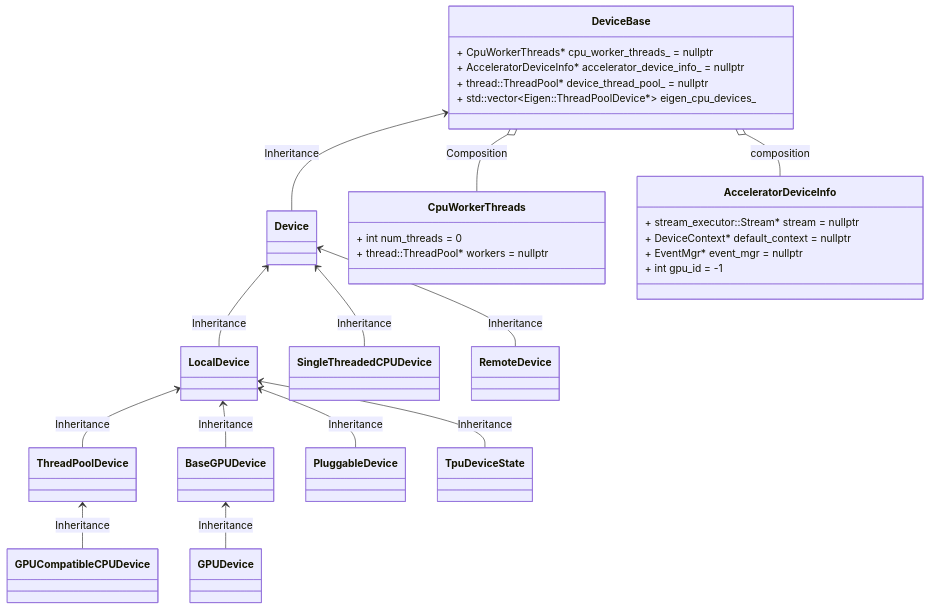
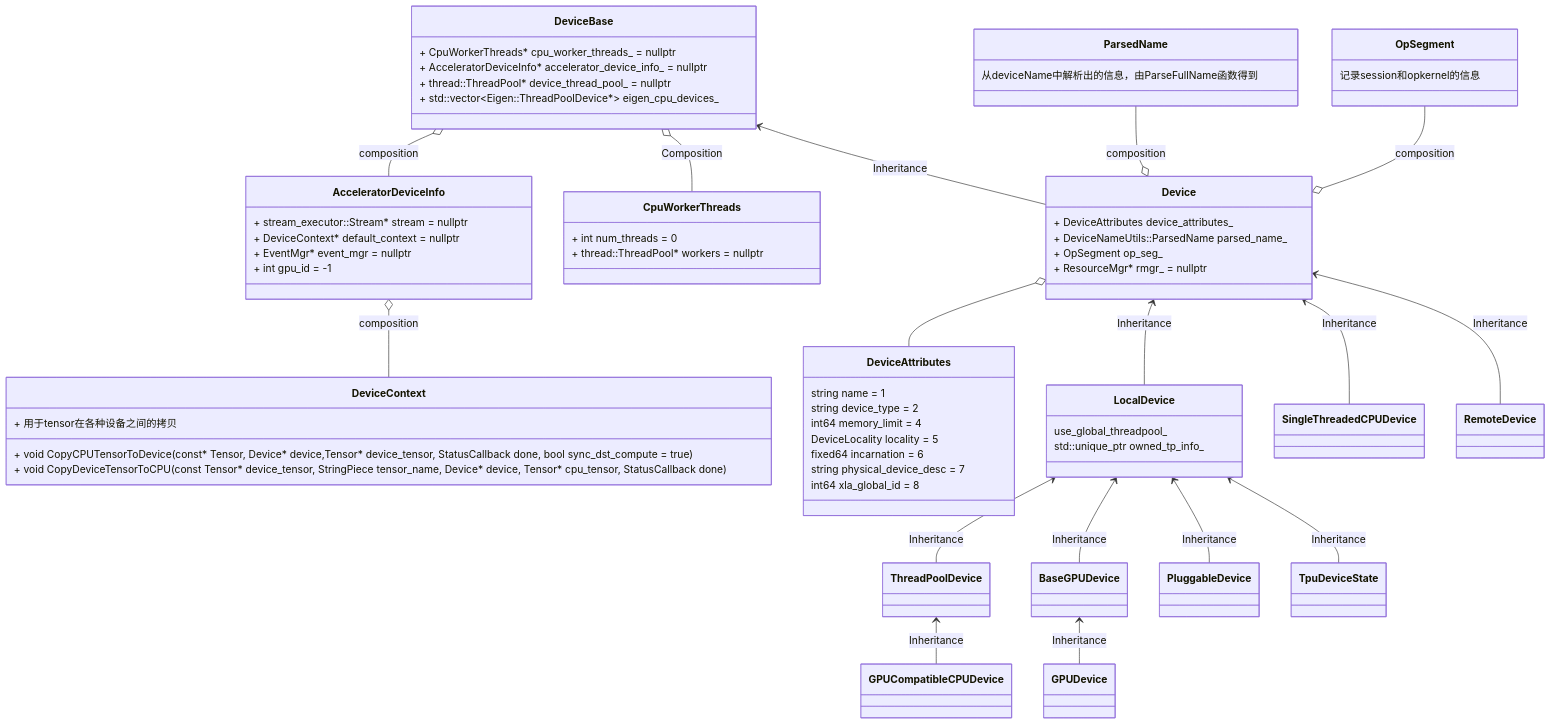
Before and after one commit to szkang1990/blog: the second of 2 diagrams in tensorflow源码精读/tensorflow源码精读之Device.md, drawn with Mermaid. The commit also changed other lines of this file, not shown here.

Commit message:
add logs

````diff
--- a/tensorflow源码精读/tensorflow源码精读之Device.md
+++ b/tensorflow源码精读/tensorflow源码精读之Device.md
@@ -365,27 +365,55 @@
 ```mermaid
 classDiagram
   DeviceBase <--Device: Inheritance
   DeviceBase : + CpuWorkerThreads* cpu_worker_threads_ = nullptr
   DeviceBase : + AcceleratorDeviceInfo* accelerator_device_info_ = nullptr
   DeviceBase : + thread&#58&#58ThreadPool* device_thread_pool_ = nullptr
   DeviceBase : + std&#58&#58vector&#60Eigen&#58&#58ThreadPoolDevice*> eigen_cpu_devices_
   DeviceBase  o-- CpuWorkerThreads: Composition
   CpuWorkerThreads : + int num_threads = 0
   CpuWorkerThreads : + thread&#58&#58ThreadPool* workers = nullptr
   DeviceBase o-- AcceleratorDeviceInfo: composition
   AcceleratorDeviceInfo:+  stream_executor&#58&#58Stream* stream = nullptr
   AcceleratorDeviceInfo:+  DeviceContext* default_context = nullptr
   AcceleratorDeviceInfo:+  EventMgr* event_mgr = nullptr
   AcceleratorDeviceInfo:+  int gpu_id = -1
+  AcceleratorDeviceInfo o-- DeviceContext: composition
+  DeviceContext:+ void CopyCPUTensorToDevice(const* Tensor, Device* device,Tensor* device_tensor, StatusCallback done, bool sync_dst_compute = true)
+  DeviceContext:+ void CopyDeviceTensorToCPU(const Tensor* device_tensor, StringPiece tensor_name, Device* device, Tensor* cpu_tensor, StatusCallback done)
+  DeviceContext:+ 用于tensor在各种设备之间的拷贝
+  Device : + DeviceAttributes device_attributes_
+  Device : + DeviceNameUtils&#58&#58ParsedName parsed_name_
+  Device : + OpSegment op_seg_
+  Device : + ResourceMgr* rmgr_ = nullptr
+
+  Device o-- DeviceAttributes
+  DeviceAttributes : string name = 1
+  DeviceAttributes : string device_type = 2
+  DeviceAttributes : int64 memory_limit = 4
+  DeviceAttributes : DeviceLocality locality = 5
+  DeviceAttributes : fixed64 incarnation = 6
+  DeviceAttributes : string physical_device_desc = 7
+  DeviceAttributes : int64 xla_global_id = 8
+
+  ParsedName --o Device :composition
+  ParsedName : 从deviceName中解析出的信息，由ParseFullName函数得到
+
+  OpSegment --o Device: composition
+  OpSegment: 记录session和opkernel的信息
+
+
   Device <--LocalDevice : Inheritance
   Device <--SingleThreadedCPUDevice : Inheritance
   Device <--RemoteDevice : Inheritance
   LocalDevice <--ThreadPoolDevice : Inheritance
   LocalDevice <--BaseGPUDevice : Inheritance
   LocalDevice <--PluggableDevice : Inheritance
   LocalDevice <--TpuDeviceState : Inheritance
   BaseGPUDevice <--GPUDevice : Inheritance
   ThreadPoolDevice <--GPUCompatibleCPUDevice : Inheritance
 
+  LocalDevice : use_global_threadpool_
+  LocalDevice : std&#58&#58unique_ptr<EigenThreadPoolInfo> owned_tp_info_
 
+  
 ```
````
